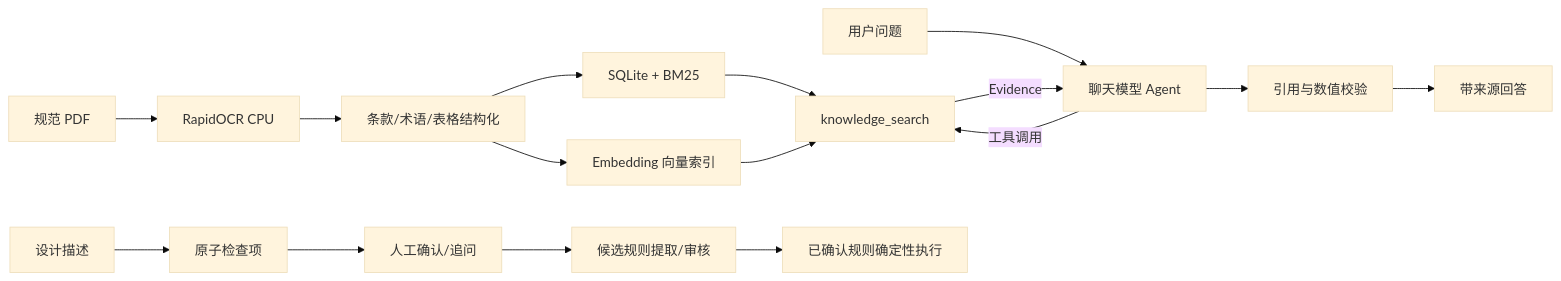
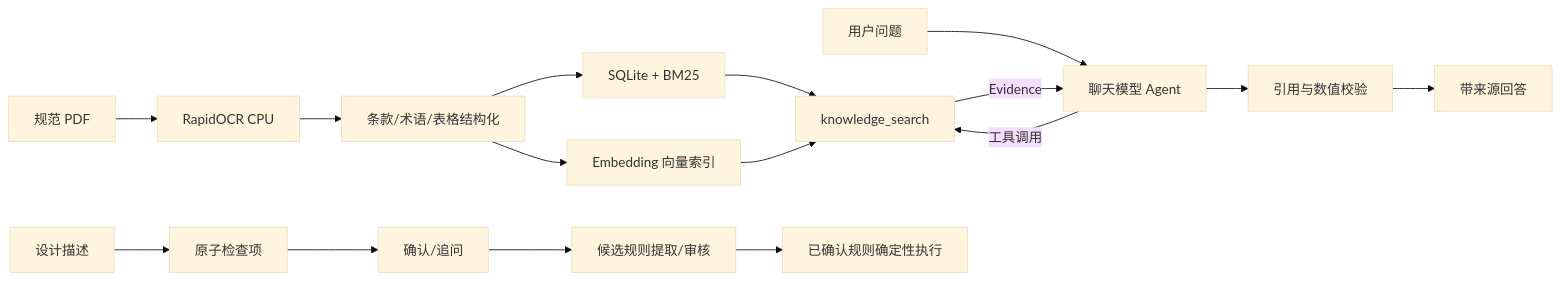
The diagram in README.md (jiumiu3/Rag-Q-A), drawn with Mermaid (base theme) before and after one commit. The commit also changed other lines of this file and 23 other files, not shown here.

````diff
--- a/README.md
+++ b/README.md
@@ -24,18 +58,18 @@
 ```mermaid
 flowchart LR
     PDF[规范 PDF] --> OCR[RapidOCR CPU]
     OCR --> STRUCT[条款/术语/表格结构化]
     STRUCT --> STORE[SQLite + BM25]
     STRUCT --> VECTOR[Embedding 向量索引]
     STORE --> TOOL[knowledge_search]
     VECTOR --> TOOL
     USER[用户问题] --> AGENT[聊天模型 Agent]
     AGENT -->|工具调用| TOOL
     TOOL -->|Evidence| AGENT
     AGENT --> VERIFY[引用与数值校验]
     VERIFY --> ANSWER[带来源回答]
     DESIGN[设计描述] --> ITEMS[原子检查项]
-    ITEMS --> CONFIRM[人工确认/追问]
+    ITEMS --> CONFIRM[确认/追问]
     CONFIRM --> CANDIDATE[候选规则提取/审核]
     CANDIDATE --> RULES[已确认规则确定性执行]
 ```
````
